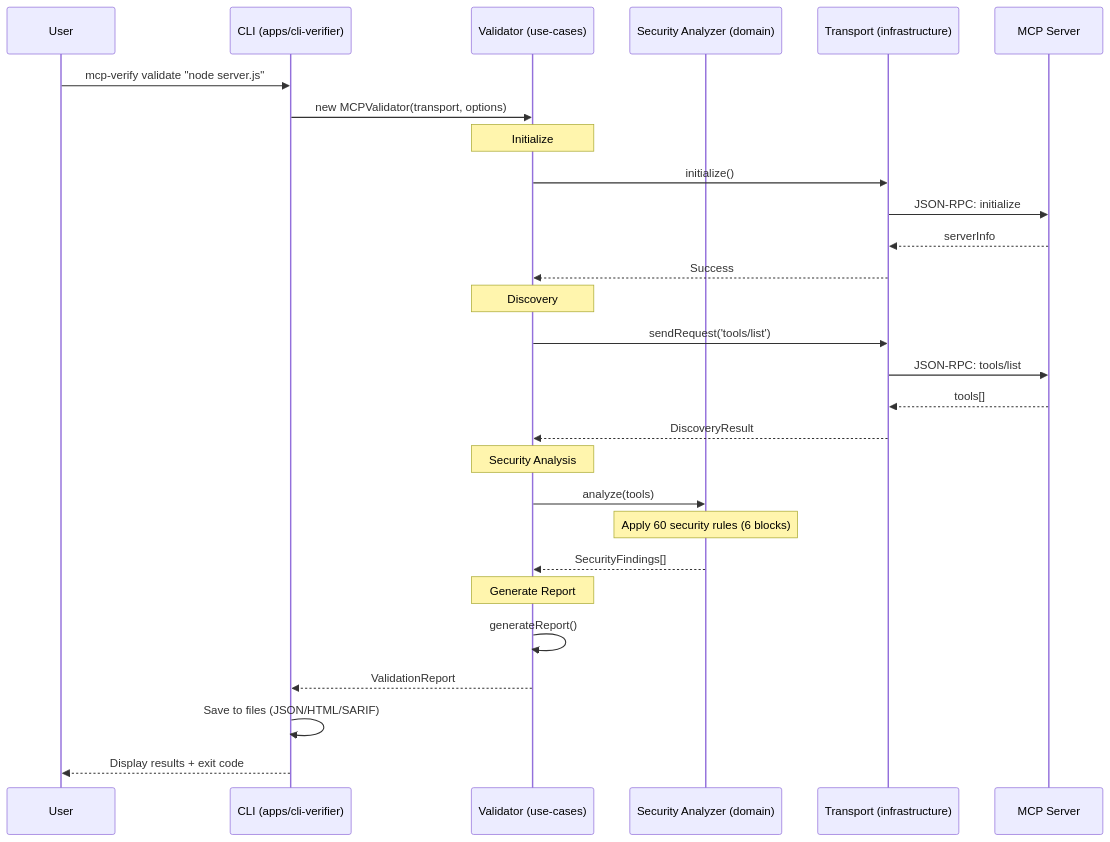
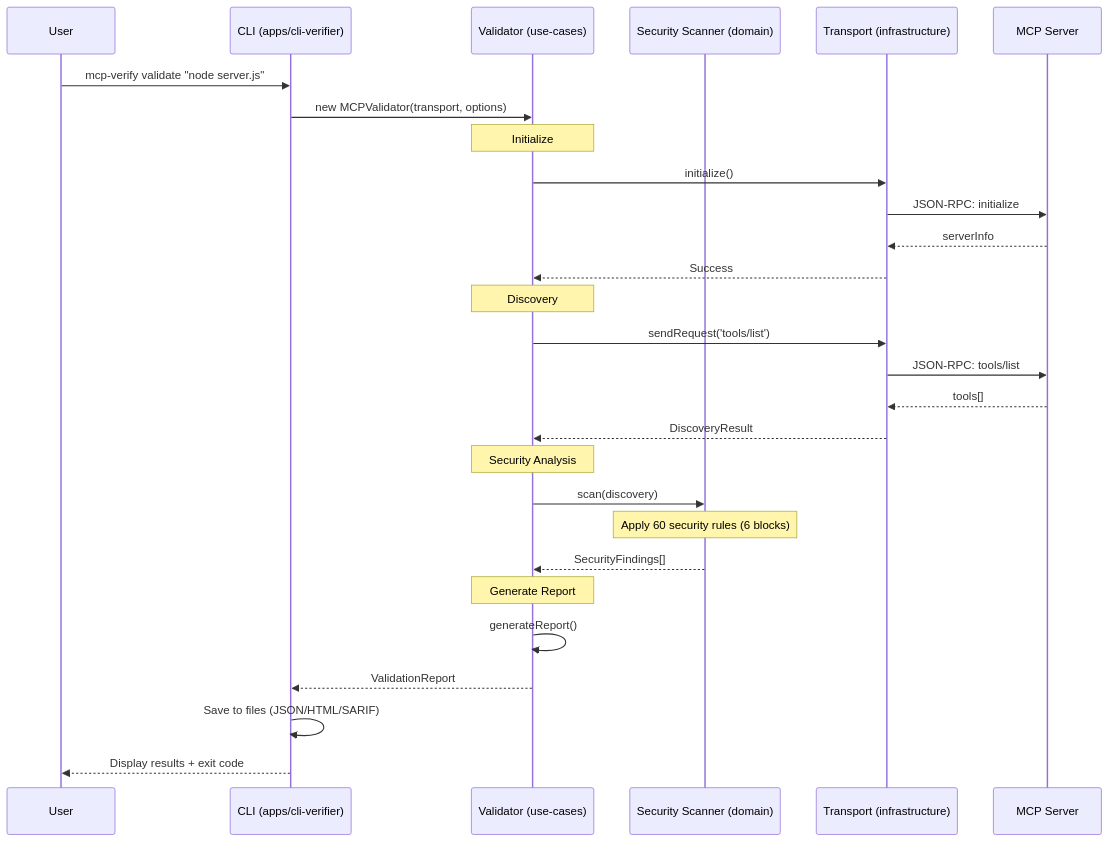
One commit to FinkTech/mcp-verify changed the sixth of 10 diagrams in ARCHITECTURE.md. Above: the diagram before and after it, drawn with Mermaid. The commit also changed other lines of this file and 103 other files, not shown here.

````diff
--- a/ARCHITECTURE.md
+++ b/ARCHITECTURE.md
@@ -687,36 +687,36 @@
 ```mermaid
 sequenceDiagram
     participant U as User
     participant C as CLI (apps/cli-verifier)
     participant UC as Validator (use-cases)
-    participant D as Security Analyzer (domain)
+    participant D as Security Scanner (domain)
     participant I as Transport (infrastructure)
     participant S as MCP Server
 
     U->>C: mcp-verify validate "node server.js"
     C->>UC: new MCPValidator(transport, options)
 
     Note over UC: Initialize
     UC->>I: initialize()
     I->>S: JSON-RPC: initialize
     S-->>I: serverInfo
     I-->>UC: Success
 
     Note over UC: Discovery
     UC->>I: sendRequest('tools/list')
     I->>S: JSON-RPC: tools/list
     S-->>I: tools[]
     I-->>UC: DiscoveryResult
 
     Note over UC: Security Analysis
-    UC->>D: analyze(tools)
+    UC->>D: scan(discovery)
     Note over D: Apply 60 security rules (6 blocks)
     D-->>UC: SecurityFindings[]
 
     Note over UC: Generate Report
     UC->>UC: generateReport()
     UC-->>C: ValidationReport
 
     C->>C: Save to files (JSON/HTML/SARIF)
     C-->>U: Display results + exit code
 ```
````
